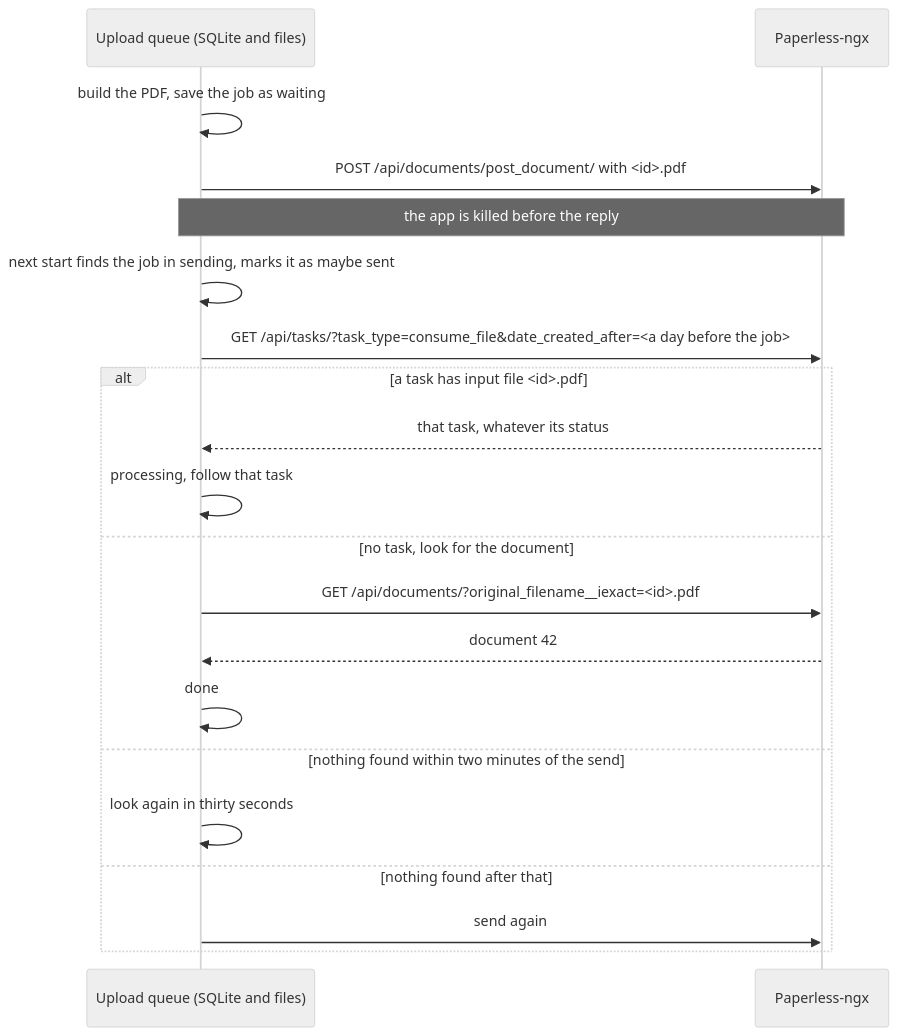
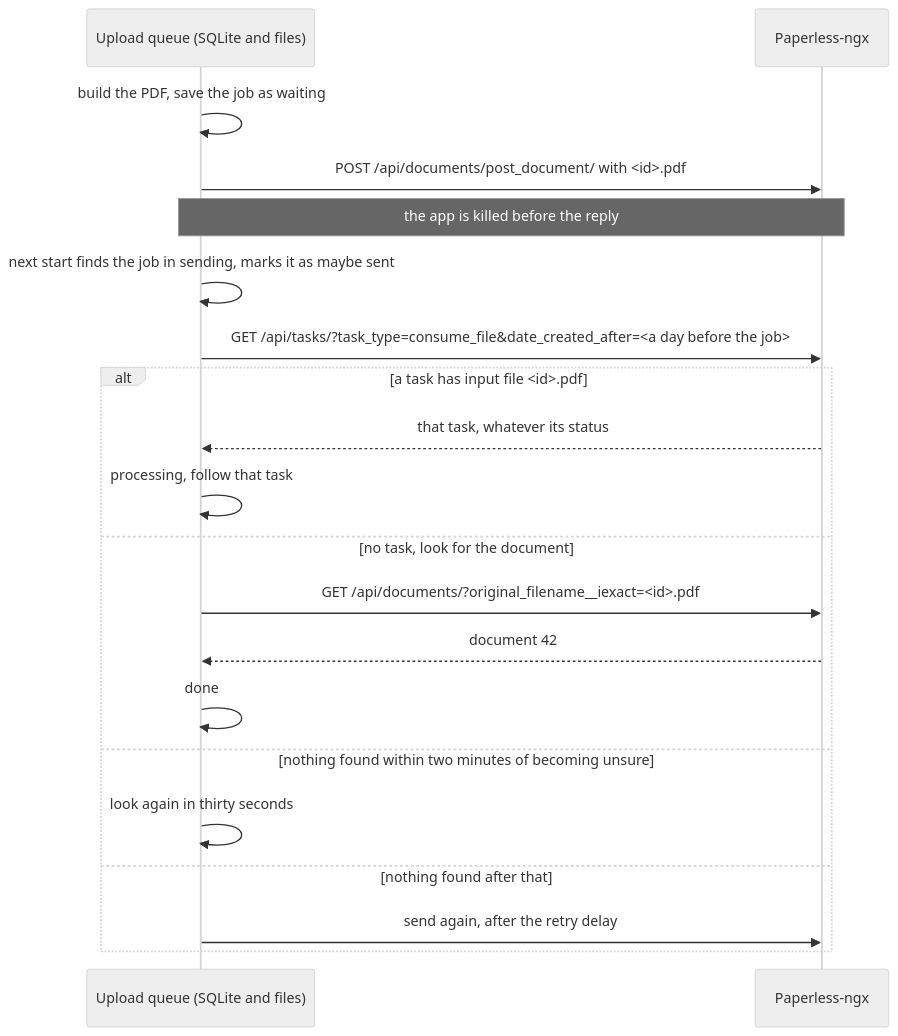
The third of 5 diagrams in docs/design.md (mhakmi/waraq), drawn with Mermaid (neutral theme) before and after one commit. The commit also changed other lines of this file and 4 other files, not shown here.

Commit message:
Start the grace window when the app becomes unsure, not when the send started

````diff
--- a/docs/design.md
+++ b/docs/design.md
@@ -159,22 +159,22 @@
 ```mermaid
 sequenceDiagram
 	participant Queue as Upload queue (SQLite and files)
 	participant Server as Paperless-ngx
 	Queue->>Queue: build the PDF, save the job as waiting
 	Queue->>Server: POST /api/documents/post_document/ with <id>.pdf
 	Note over Queue,Server: the app is killed before the reply
 	Queue->>Queue: next start finds the job in sending, marks it as maybe sent
 	Queue->>Server: GET /api/tasks/?task_type=consume_file&date_created_after=<a day before the job>
 	alt a task has input file <id>.pdf
 		Server-->>Queue: that task, whatever its status
 		Queue->>Queue: processing, follow that task
 	else no task, look for the document
 		Queue->>Server: GET /api/documents/?original_filename__iexact=<id>.pdf
 		Server-->>Queue: document 42
 		Queue->>Queue: done
-	else nothing found within two minutes of the send
+	else nothing found within two minutes of becoming unsure
 		Queue->>Queue: look again in thirty seconds
 	else nothing found after that
-		Queue->>Server: send again
+		Queue->>Server: send again, after the retry delay
 	end
 ```
````
